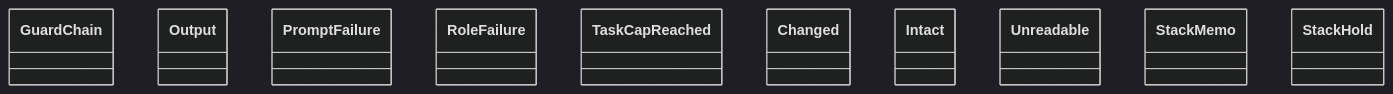
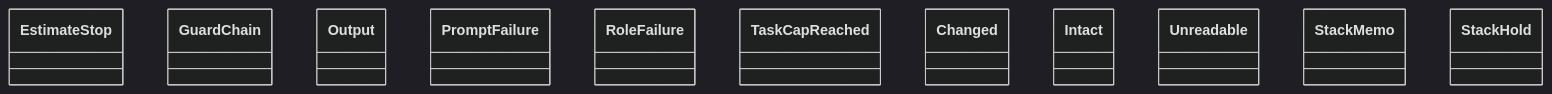
The diagram in docs/architecture/generated/classes-process-application-support-8.md (GonzaloZevallos/agentic-system), drawn with Mermaid (dark theme) before and after one commit. The commit also changed 8 other files, not shown here.

````diff
--- a/docs/architecture/generated/classes-process-application-support-8.md
+++ b/docs/architecture/generated/classes-process-application-support-8.md
@@ -20,13 +20,14 @@
 ```mermaid
 classDiagram
+    class run_role__EstimateStop["EstimateStop"]
     class run_role__GuardChain["GuardChain"]
     class run_role__Output["Output"]
     class run_role__PromptFailure["PromptFailure"]
     class run_role__RoleFailure["RoleFailure"]
     class run_role__TaskCapReached["TaskCapReached"]
     class spec_guard__Changed["Changed"]
     class spec_guard__Intact["Intact"]
     class spec_guard__Unreadable["Unreadable"]
     class stack_facts__StackMemo["StackMemo"]
     class stack_hold__StackHold["StackHold"]
 ```
````
